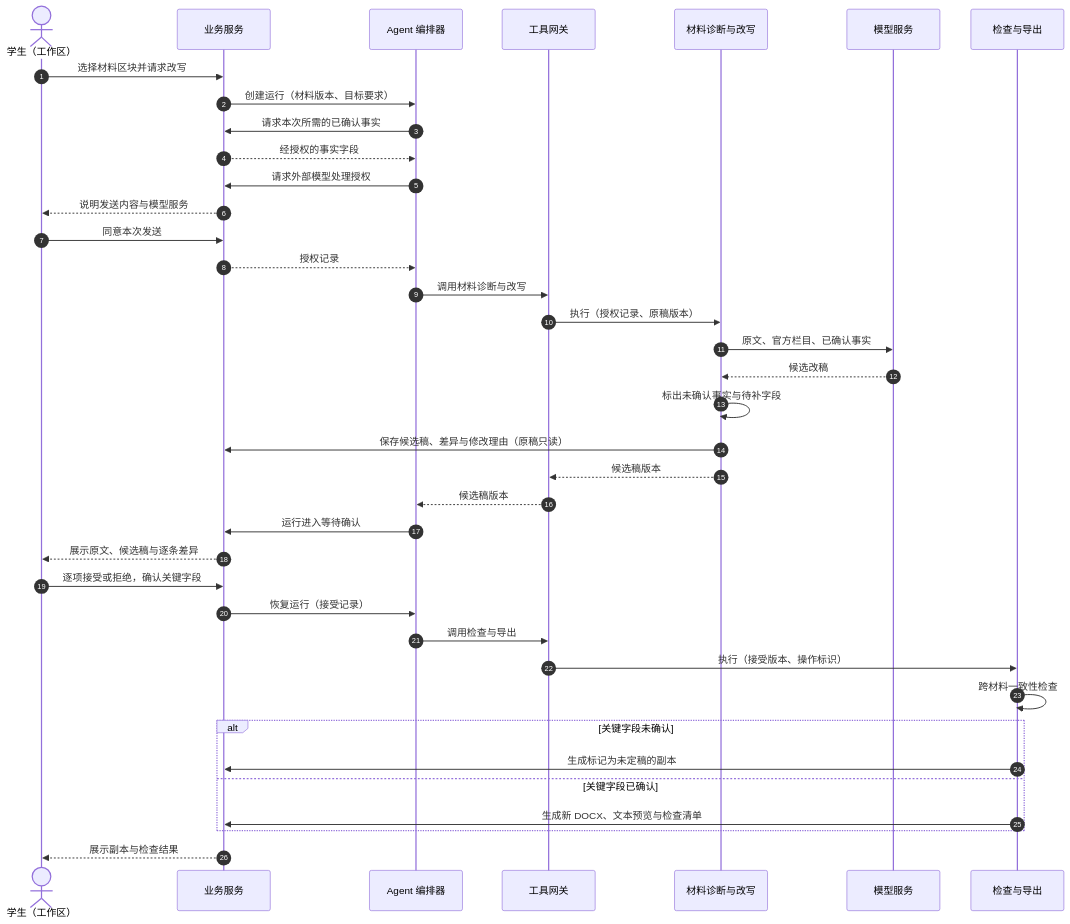
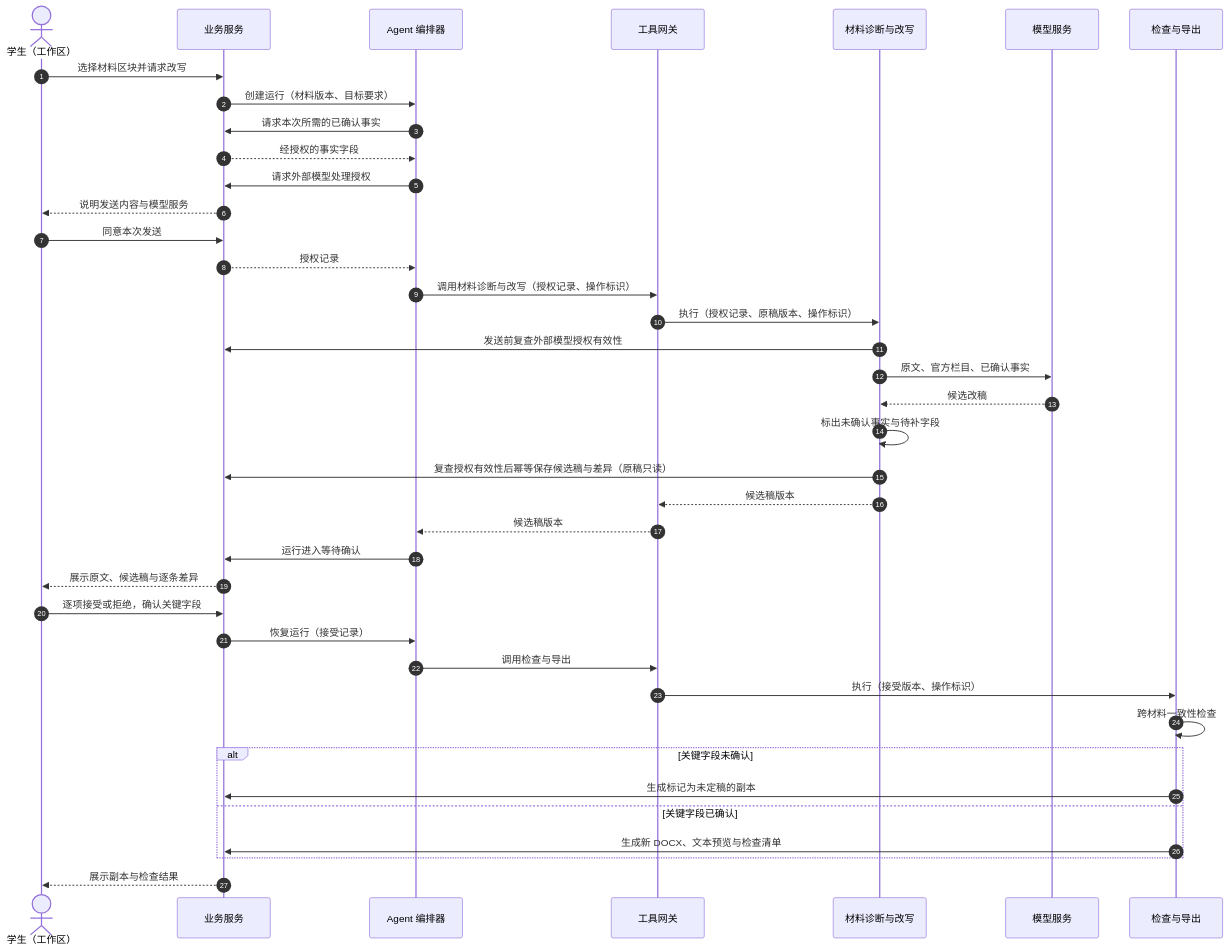
Before and after one commit to LotteryCamp/OfferPilot: the diagram in docs/agent/diagrams/04_材料改写时序.mmd, drawn with Mermaid. The commit also changed 4 other files, not shown here.

```diff
--- a/docs/agent/diagrams/04_材料改写时序.mmd
+++ b/docs/agent/diagrams/04_材料改写时序.mmd
@@ -1,39 +1,40 @@
 sequenceDiagram
     autonumber
     actor U as 学生（工作区）
     participant B as 业务服务
     participant O as Agent 编排器
     participant G as 工具网关
     participant W as 材料诊断与改写
     participant M as 模型服务
     participant E as 检查与导出
 
     U->>B: 选择材料区块并请求改写
     B->>O: 创建运行（材料版本、目标要求）
     O->>B: 请求本次所需的已确认事实
     B-->>O: 经授权的事实字段
     O->>B: 请求外部模型处理授权
     B-->>U: 说明发送内容与模型服务
     U->>B: 同意本次发送
     B-->>O: 授权记录
-    O->>G: 调用材料诊断与改写
-    G->>W: 执行（授权记录、原稿版本）
+    O->>G: 调用材料诊断与改写（授权记录、操作标识）
+    G->>W: 执行（授权记录、原稿版本、操作标识）
+    W->>B: 发送前复查外部模型授权有效性
     W->>M: 原文、官方栏目、已确认事实
     M-->>W: 候选改稿
     W->>W: 标出未确认事实与待补字段
-    W->>B: 保存候选稿、差异与修改理由（原稿只读）
+    W->>B: 复查授权有效性后幂等保存候选稿与差异（原稿只读）
     W-->>G: 候选稿版本
     G-->>O: 候选稿版本
     O->>B: 运行进入等待确认
     B-->>U: 展示原文、候选稿与逐条差异
     U->>B: 逐项接受或拒绝，确认关键字段
     B->>O: 恢复运行（接受记录）
     O->>G: 调用检查与导出
     G->>E: 执行（接受版本、操作标识）
     E->>E: 跨材料一致性检查
     alt 关键字段未确认
         E->>B: 生成标记为未定稿的副本
     else 关键字段已确认
         E->>B: 生成新 DOCX、文本预览与检查清单
     end
     B-->>U: 展示副本与检查结果
```
